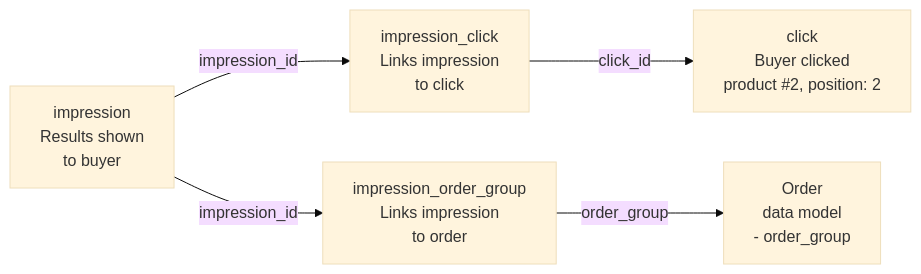
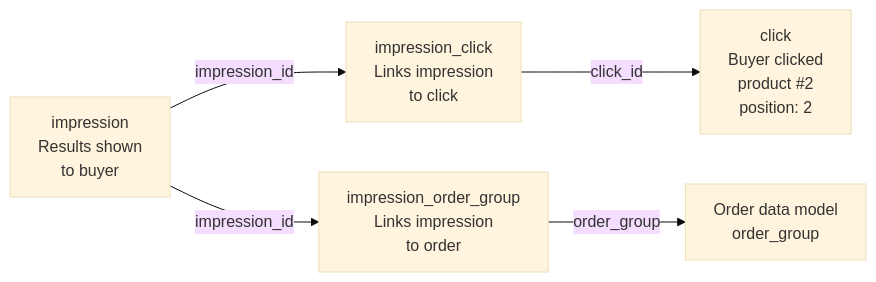
The third of 4 diagrams in docs/en/tutorials/beta/vtex-data-pipeline-beta/search-and-recomendations-data-pipeline.md (vtexdocs/help-center-content), drawn with Mermaid (base theme) before and after one commit. The commit also changed other lines of this file and 5 other files, not shown here.

````diff
--- a/docs/en/tutorials/beta/vtex-data-pipeline-beta/search-and-recomendations-data-pipeline.md
+++ b/docs/en/tutorials/beta/vtex-data-pipeline-beta/search-and-recomendations-data-pipeline.md
@@ -122,13 +124,14 @@
 ```mermaid
+%%{init: {'flowchart': {'htmlLabels': true, 'useMaxWidth': false, 'wrappingWidth': 220, 'padding': 14}}}%%
 flowchart LR
-    IMP["impression\nResults shown\nto buyer"]
-    IC["impression_click\nLinks impression\nto click"]
-    CLK["click\nBuyer clicked\nproduct #2, position: 2"]
-    IOG["impression_order_group\nLinks impression\nto order"]
-    ORD["Order \ndata model\n- order_group"]
+    IMP["impression<br/>Results shown<br/>to buyer"]
+    IC["impression_click<br/>Links impression<br/>to click"]
+    CLK["click<br/>Buyer clicked<br/>product #2<br/>position: 2"]
+    IOG["impression_order_group<br/>Links impression<br/>to order"]
+    ORD["Order data model<br/>order_group"]
 
     IMP -->|"impression_id"| IC
     IC -->|"click_id"| CLK
     IMP -->|"impression_id"| IOG
     IOG -->|"order_group"| ORD
 ```
````
